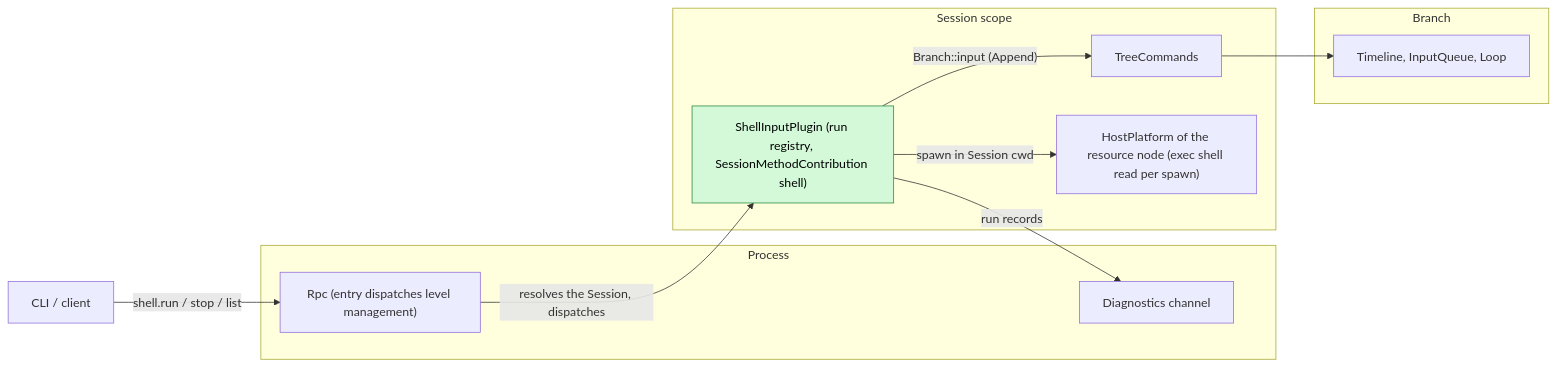
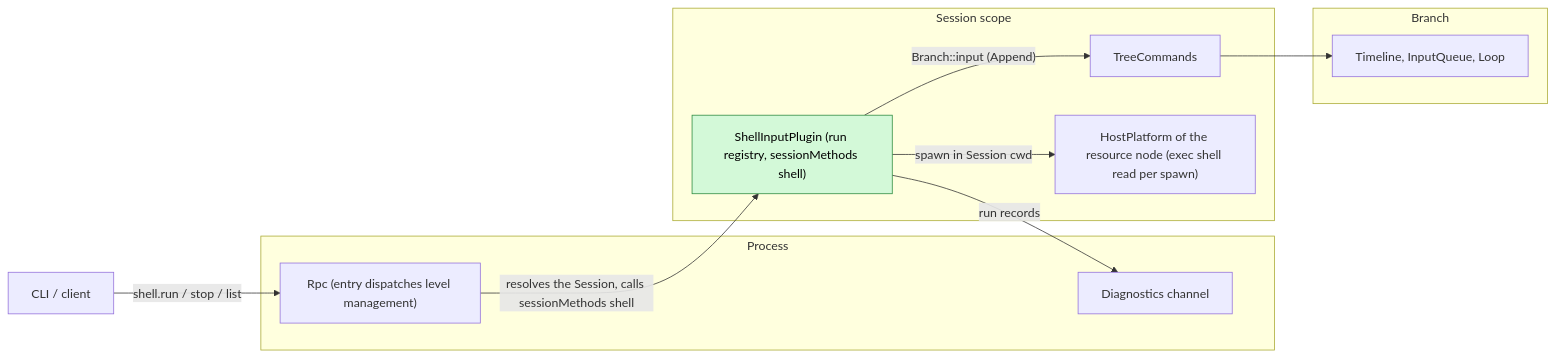
The first of 5 diagrams in docs/design/plugins/ShellInput.md (CoutinhoTTS/dim-agent), drawn with Mermaid before and after one commit. The commit also changed other lines of this file and 3 other files, not shown here.

Commit message:
docs(design): language-neutral contracts and node-offline rule for Questions, Goal, ShellInput and Attachments

````diff
--- a/docs/design/plugins/ShellInput.md
+++ b/docs/design/plugins/ShellInput.md
@@ -9,23 +9,23 @@
 ```mermaid
 flowchart LR
   CLI["CLI / client"]
   subgraph P["Process"]
     RPC["Rpc (entry dispatches level management)"]
     DG["Diagnostics channel"]
   end
   subgraph S["Session scope"]
-    SI["ShellInputPlugin (run registry, SessionMethodContribution shell)"]:::new
+    SI["ShellInputPlugin (run registry, sessionMethods shell)"]:::new
     TC["TreeCommands"]
     HP["HostPlatform of the resource node (exec shell read per spawn)"]
   end
   subgraph B["Branch"]
     IQ["Timeline, InputQueue, Loop"]
   end
   CLI -- "shell.run / stop / list" --> RPC
-  RPC -- "resolves the Session, dispatches" --> SI
+  RPC -- "resolves the Session, calls sessionMethods shell" --> SI
   SI -- "spawn in Session cwd" --> HP
   SI -- "Branch::input (Append)" --> TC
   TC --> IQ
   SI -- "run records" --> DG
   classDef new fill:#d3f9d8,stroke:#2b8a3e,color:#000
 ```
````
